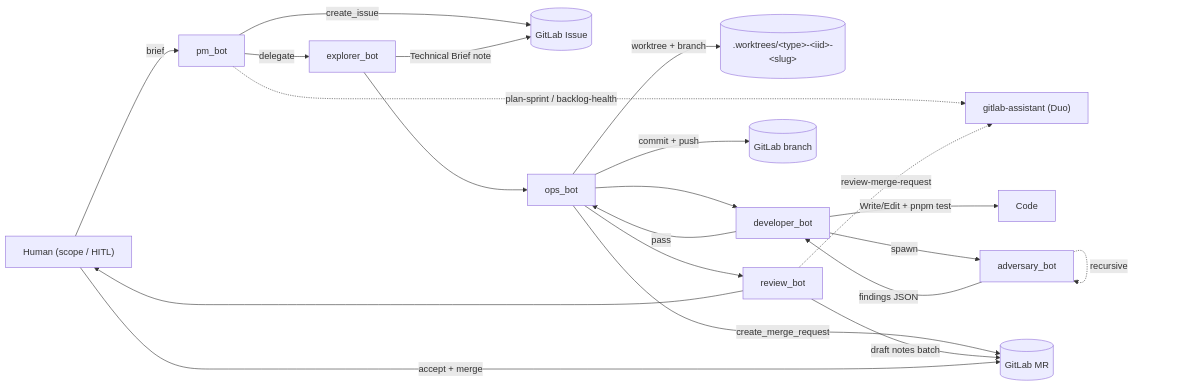
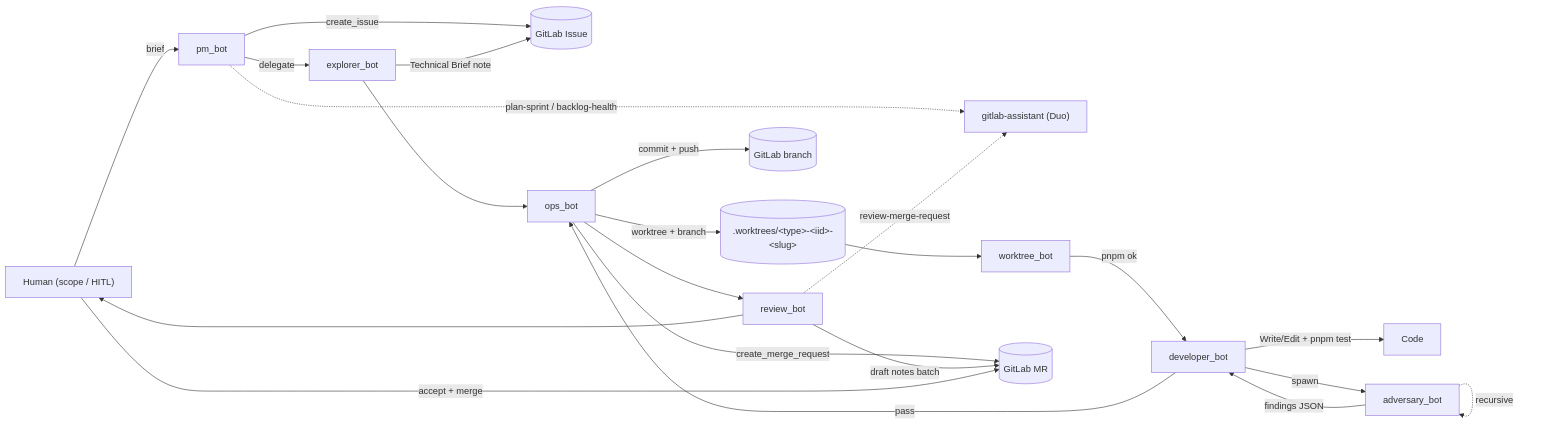
One commit to sebazai/eggosystem changed the first of 2 diagrams in AGENTS.md. Above: the diagram before and after it, drawn with Mermaid. The commit also changed other lines of this file and 16 other files, not shown here.

````diff
--- a/AGENTS.md
+++ b/AGENTS.md
@@ -15,23 +15,24 @@
 ```mermaid
 flowchart LR
     Human["Human (scope / HITL)"] -->|brief| PM[pm_bot]
     PM -->|create_issue| Issue[("GitLab Issue")]
     PM -->|delegate| Explorer[explorer_bot]
     PM -.plan-sprint / backlog-health.-> Duo["gitlab-assistant (Duo)"]
     Explorer -->|"Technical Brief note"| Issue
     Explorer --> Ops[ops_bot]
     Ops -->|worktree + branch| WT[(".worktrees/&lt;type&gt;-&lt;iid&gt;-&lt;slug&gt;")]
-    Ops --> Developer[developer_bot]
+    WT --> WTB[worktree_bot]
+    WTB -->|pnpm ok| Developer[developer_bot]
     Developer -->|"Write/Edit + pnpm test"| Code
     Developer -->|spawn| Adversary[adversary_bot]
     Adversary -->|"findings JSON"| Developer
     Adversary -. recursive .-> Adversary
     Developer -->|pass| Ops
     Ops -->|commit + push| Branch[(GitLab branch)]
     Ops -->|create_merge_request| MR[(GitLab MR)]
     Ops --> Review[review_bot]
     Review -.review-merge-request.-> Duo
     Review -->|draft notes batch| MR
     Review --> Human
     Human -->|accept + merge| MR
 ```
````
